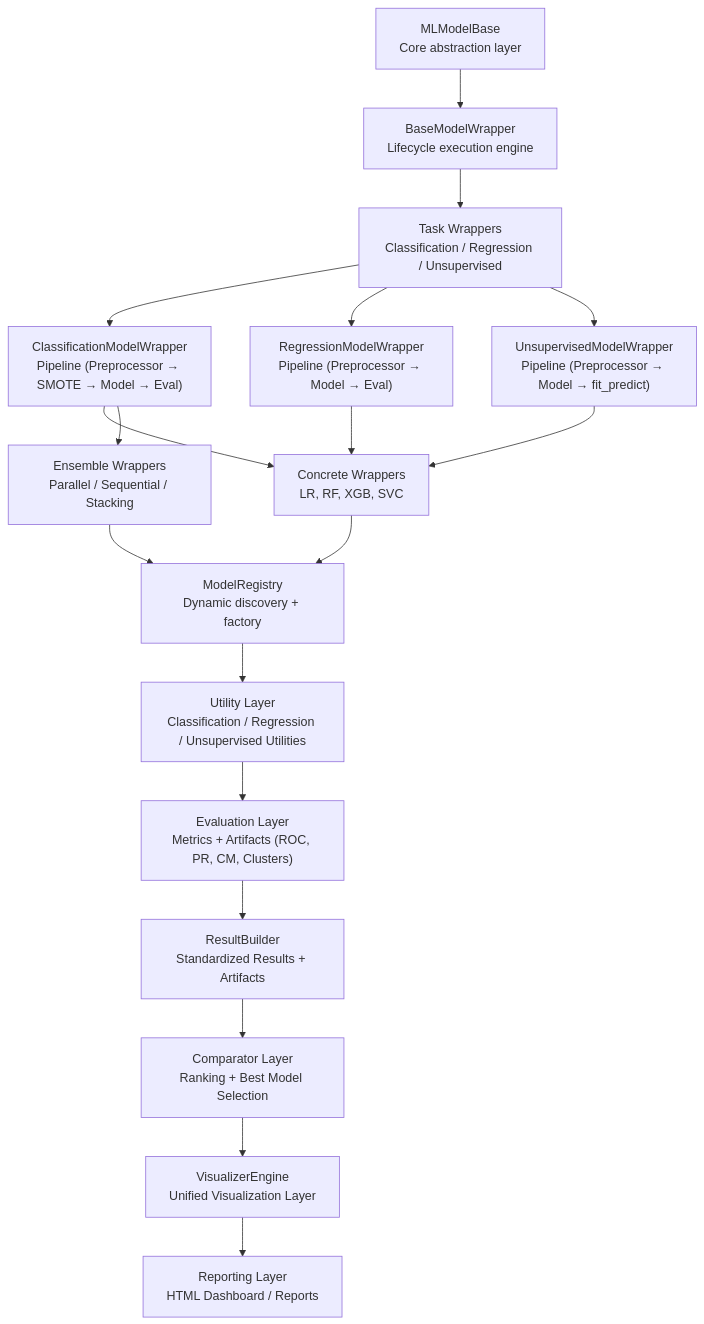
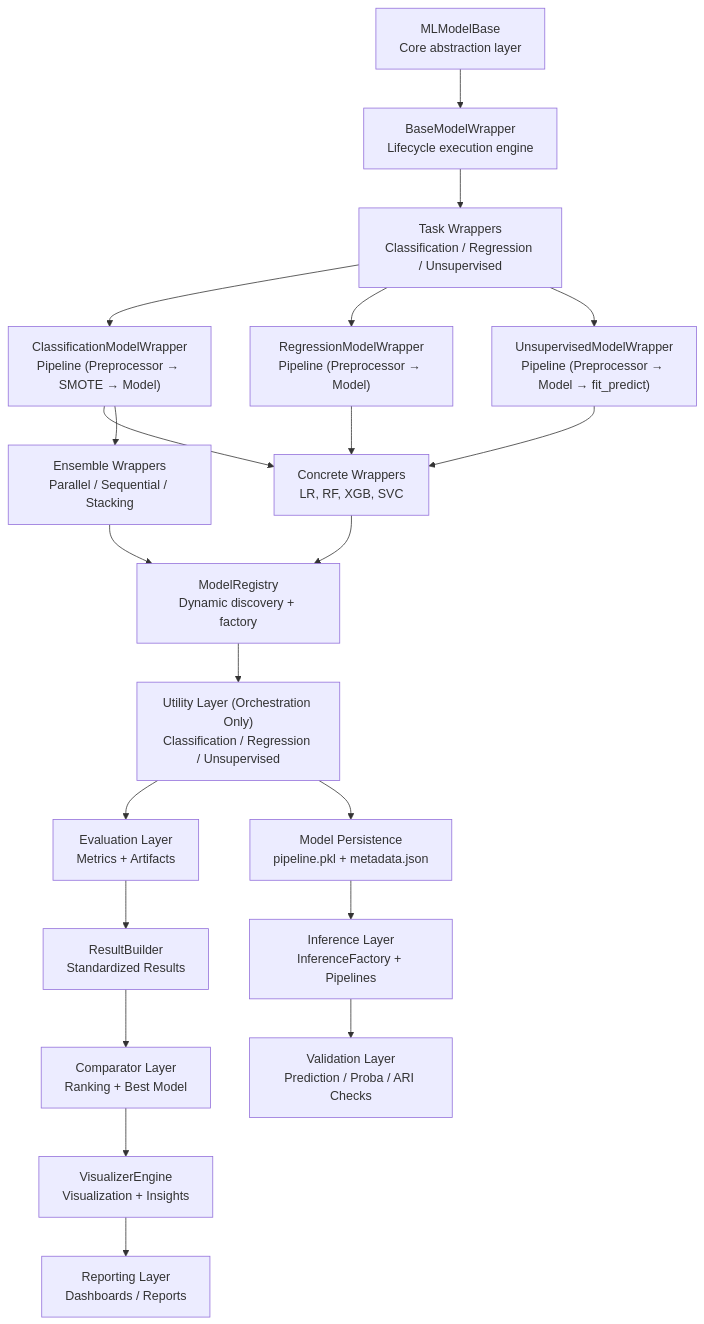
Before and after one commit to abhinavssingh/python-learnings: the first of 7 diagrams in lib/utility/machinelearning/README.md, drawn with Mermaid. The commit also changed other lines of this file and 23 other files, not shown here.

````diff
--- a/lib/utility/machinelearning/README.md
+++ b/lib/utility/machinelearning/README.md
@@ -25,32 +25,38 @@
 ```mermaid
 flowchart TD
 
     A["MLModelBase<br/>Core abstraction layer"] --> B["BaseModelWrapper<br/>Lifecycle execution engine"]
 
     B --> C["Task Wrappers<br/>Classification / Regression / Unsupervised"]
 
-    C --> C1["ClassificationModelWrapper<br/>Pipeline (Preprocessor → SMOTE → Model → Eval)"]
-    C --> C2["RegressionModelWrapper<br/>Pipeline (Preprocessor → Model → Eval)"]
+    C --> C1["ClassificationModelWrapper<br/>Pipeline (Preprocessor → SMOTE → Model)"]
+    C --> C2["RegressionModelWrapper<br/>Pipeline (Preprocessor → Model)"]
     C --> C3["UnsupervisedModelWrapper<br/>Pipeline (Preprocessor → Model → fit_predict)"]
 
     C1 --> D["Concrete Wrappers<br/>LR, RF, XGB, SVC"]
     C2 --> D
     C3 --> D
 
     C1 --> E["Ensemble Wrappers<br/>Parallel / Sequential / Stacking"]
 
     D --> F["ModelRegistry<br/>Dynamic discovery + factory"]
     E --> F
 
-    F --> G["Utility Layer<br/>Classification / Regression / Unsupervised Utilities"]
+    F --> G["Utility Layer (Orchestration Only)<br/>Classification / Regression / Unsupervised"]
 
-    G --> H["Evaluation Layer<br/>Metrics + Artifacts (ROC, PR, CM, Clusters)"]
+    G --> H["Evaluation Layer<br/>Metrics + Artifacts"]
 
-    H --> I["ResultBuilder<br/>Standardized Results + Artifacts"]
+    H --> I["ResultBuilder<br/>Standardized Results"]
 
-    I --> J["Comparator Layer<br/>Ranking + Best Model Selection"]
+    I --> J["Comparator Layer<br/>Ranking + Best Model"]
 
-    J --> K["VisualizerEngine <br/>Unified Visualization Layer"]
+    J --> K["VisualizerEngine<br/>Visualization + Insights"]
 
-    K --> L["Reporting Layer<br/>HTML Dashboard / Reports"]
+    K --> L["Reporting Layer<br/>Dashboards / Reports"]
+
+    G --> M["Model Persistence<br/>pipeline.pkl + metadata.json"]
+
+    M --> N["Inference Layer<br/>InferenceFactory + Pipelines"]
+
+    N --> O["Validation Layer<br/>Prediction / Proba / ARI Checks"]
 ```
````
